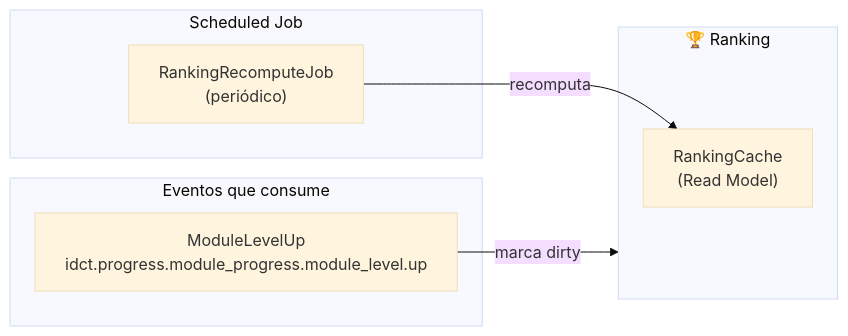
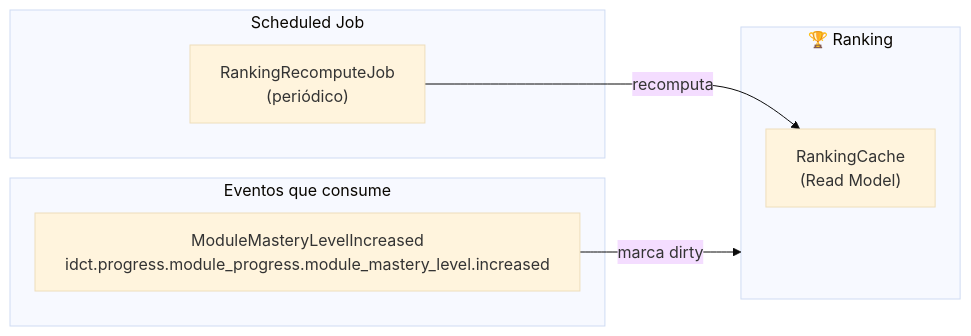
The sixth of 7 diagrams in docs/domain/bounded-contexts-detail.md (AbrahamVilchesDeLaCruz/ididntcatchthat), drawn with Mermaid (base theme) before and after one commit. The commit also changed other lines of this file and 22 other files, not shown here.

````diff
--- a/docs/domain/bounded-contexts-detail.md
+++ b/docs/domain/bounded-contexts-detail.md
@@ -201,17 +201,17 @@
 ```mermaid
 graph LR
     subgraph Consumes ["Eventos que consume"]
-        C1["ModuleLevelUp\nidct.progress.module_progress.module_level.up"]
+        C1["ModuleMasteryLevelIncreased\nidct.progress.module_progress.module_mastery_level.increased"]
     end
 
     subgraph Ranking ["🏆 Ranking"]
         RC["RankingCache\n(Read Model)"]
     end
 
     subgraph Job ["Scheduled Job"]
         J1["RankingRecomputeJob\n(periódico)"]
     end
 
     C1 -->|marca dirty| Ranking
     J1 -->|recomputa| RC
 ```
````
